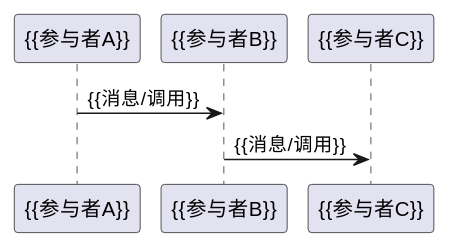
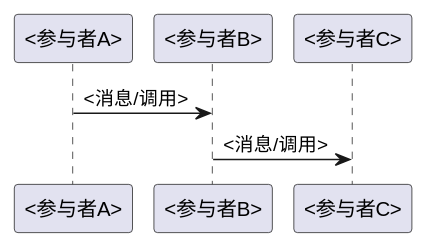
One commit to lechao365/AndroidSystemEnhance changed the second of 5 diagrams in engineering/harness/templates/module-readme-template.md. Above: the diagram before and after it, drawn with PlantUML. The commit also changed other lines of this file and 78 other files, not shown here.

````diff
--- a/engineering/harness/templates/module-readme-template.md
+++ b/engineering/harness/templates/module-readme-template.md
@@ -52,14 +52,14 @@
 ```plantuml
 @startuml
 skinparam maxMessageSize 120
 
-participant "{{参与者A}}" as A
-participant "{{参与者B}}" as B
-participant "{{参与者C}}" as C
+participant "<参与者A>" as A
+participant "<参与者B>" as B
+participant "<参与者C>" as C
 
-A -> B : {{消息/调用}}
-B -> C : {{消息/调用}}
+A -> B : <消息/调用>
+B -> C : <消息/调用>
 
 ' TODO: 补充完整时序流程
 @enduml
 ```
````
